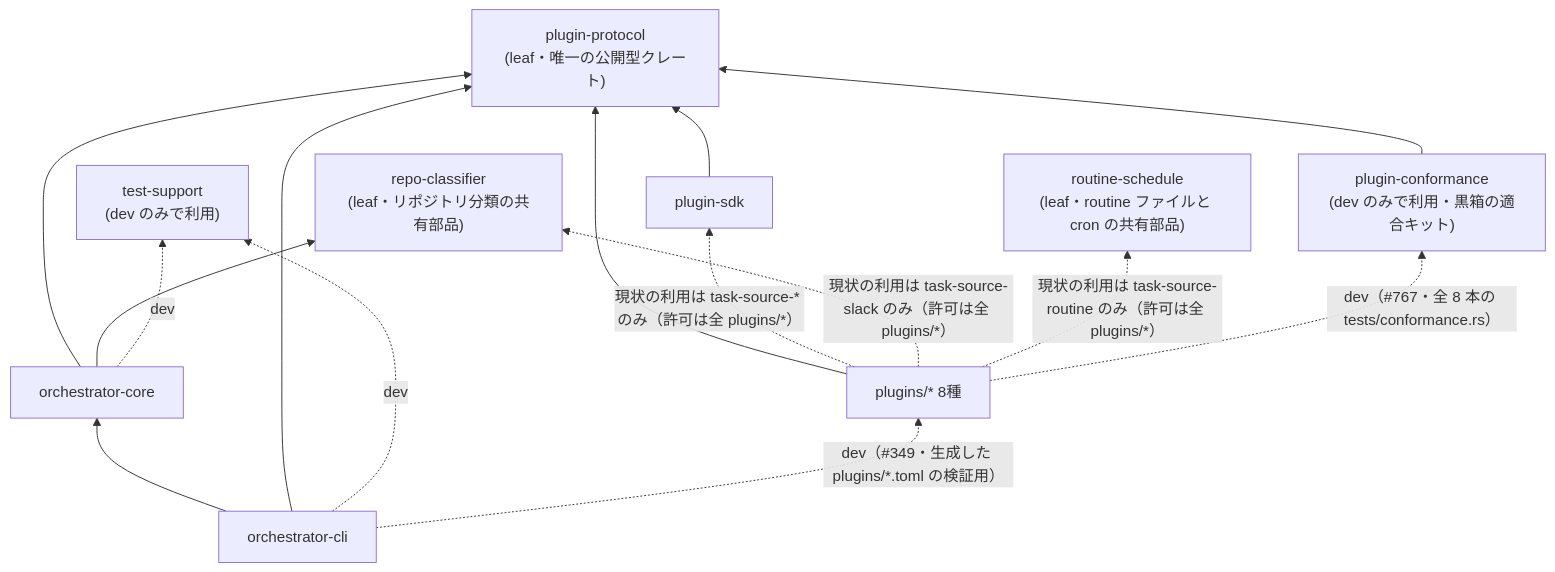
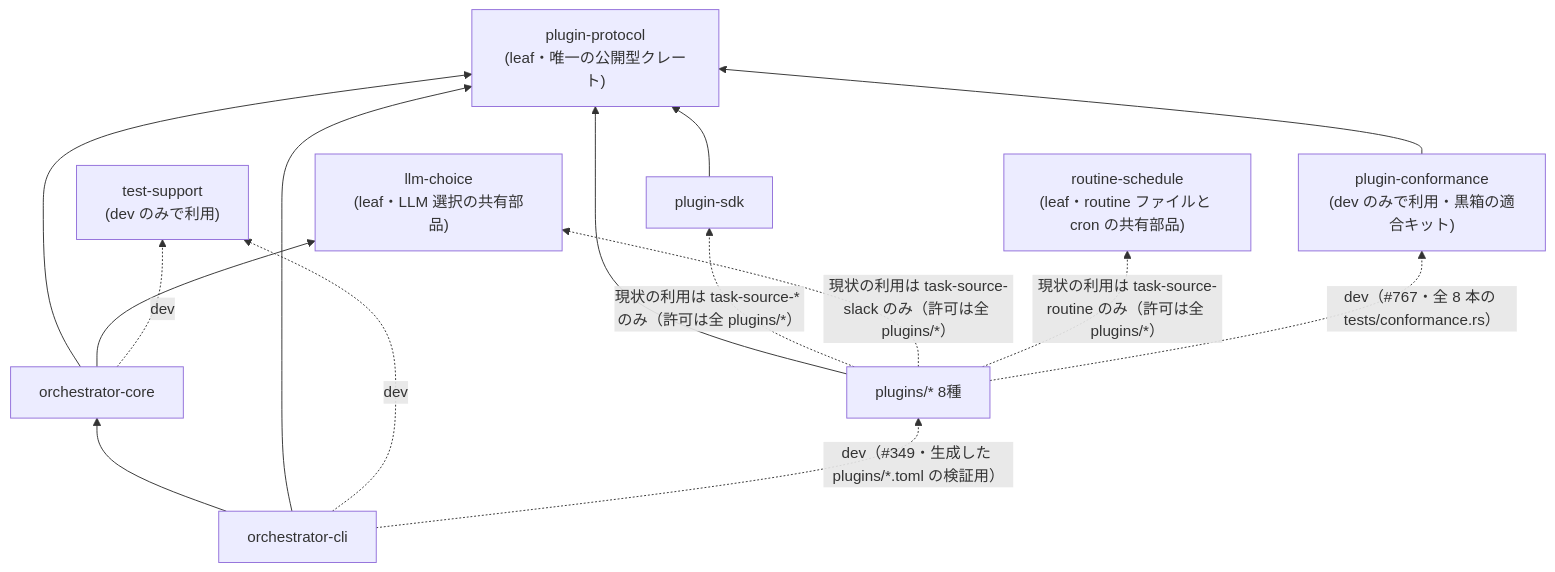
The diagram in ai-docs/architecture/workspace-dependency-rules.md (tomoya-k31/totsuka), drawn with Mermaid before and after one commit. The commit also changed other lines of this file and 60 other files, not shown here.

First line of the commit message:
refactor(llm-choice): repo-classifier を問いを外から渡す llm-choice クレートへ汎用化する (#928)

````diff
--- a/ai-docs/architecture/workspace-dependency-rules.md
+++ b/ai-docs/architecture/workspace-dependency-rules.md
@@ -17,27 +17,27 @@
 ```mermaid
 graph BT
     protocol["plugin-protocol<br/>(leaf・唯一の公開型クレート)"]
     sdk["plugin-sdk"]
-    classifier["repo-classifier<br/>(leaf・リポジトリ分類の共有部品)"]
+    classifier["llm-choice<br/>(leaf・LLM 選択の共有部品)"]
     routine["routine-schedule<br/>(leaf・routine ファイルと cron の共有部品)"]
     core["orchestrator-core"]
     cli["orchestrator-cli"]
     plugins["plugins/* 8種"]
     ts["test-support<br/>(dev のみで利用)"]
     conf["plugin-conformance<br/>(dev のみで利用・黒箱の適合キット)"]
 
     sdk --> protocol
     core --> protocol
     cli --> core
     cli --> protocol
     plugins --> protocol
     plugins -. "現状の利用は task-source-* のみ（許可は全 plugins/*）" .-> sdk
     core --> classifier
     plugins -. "現状の利用は task-source-slack のみ（許可は全 plugins/*）" .-> classifier
     plugins -. "現状の利用は task-source-routine のみ（許可は全 plugins/*）" .-> routine
     conf --> protocol
     plugins -. "dev（#767・全 8 本の tests/conformance.rs）" .-> conf
     core -. dev .-> ts
     cli -. dev .-> ts
     cli -. "dev（#349・生成した plugins/*.toml の検証用）" .-> plugins
 ```
````
